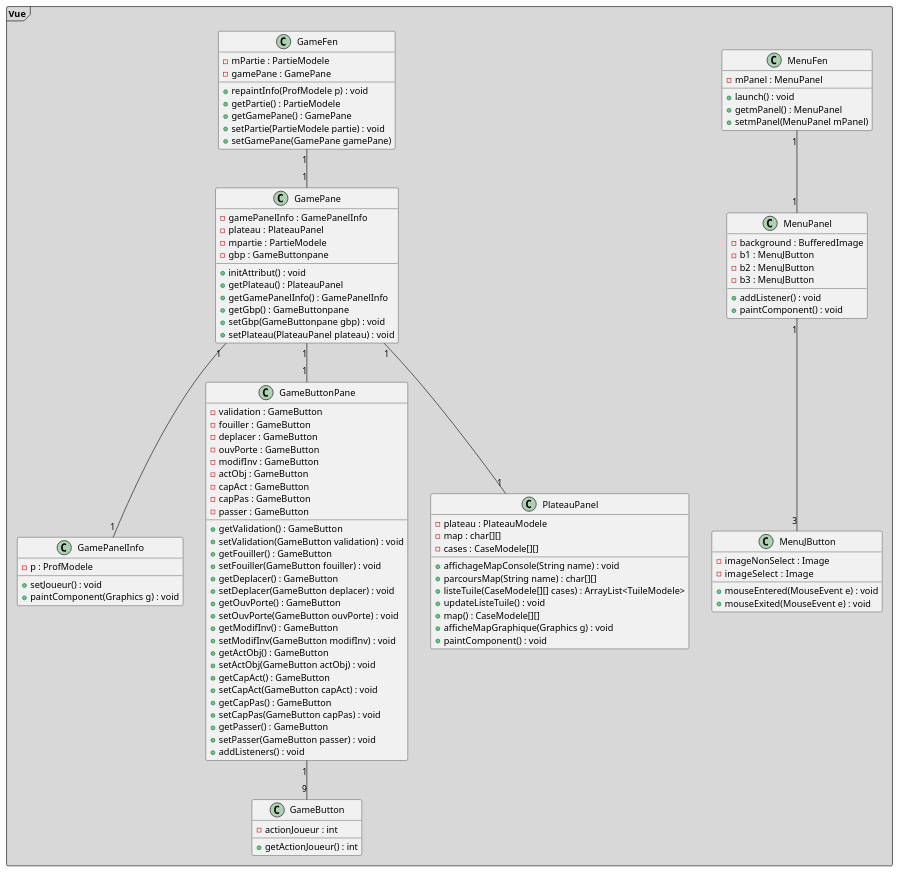
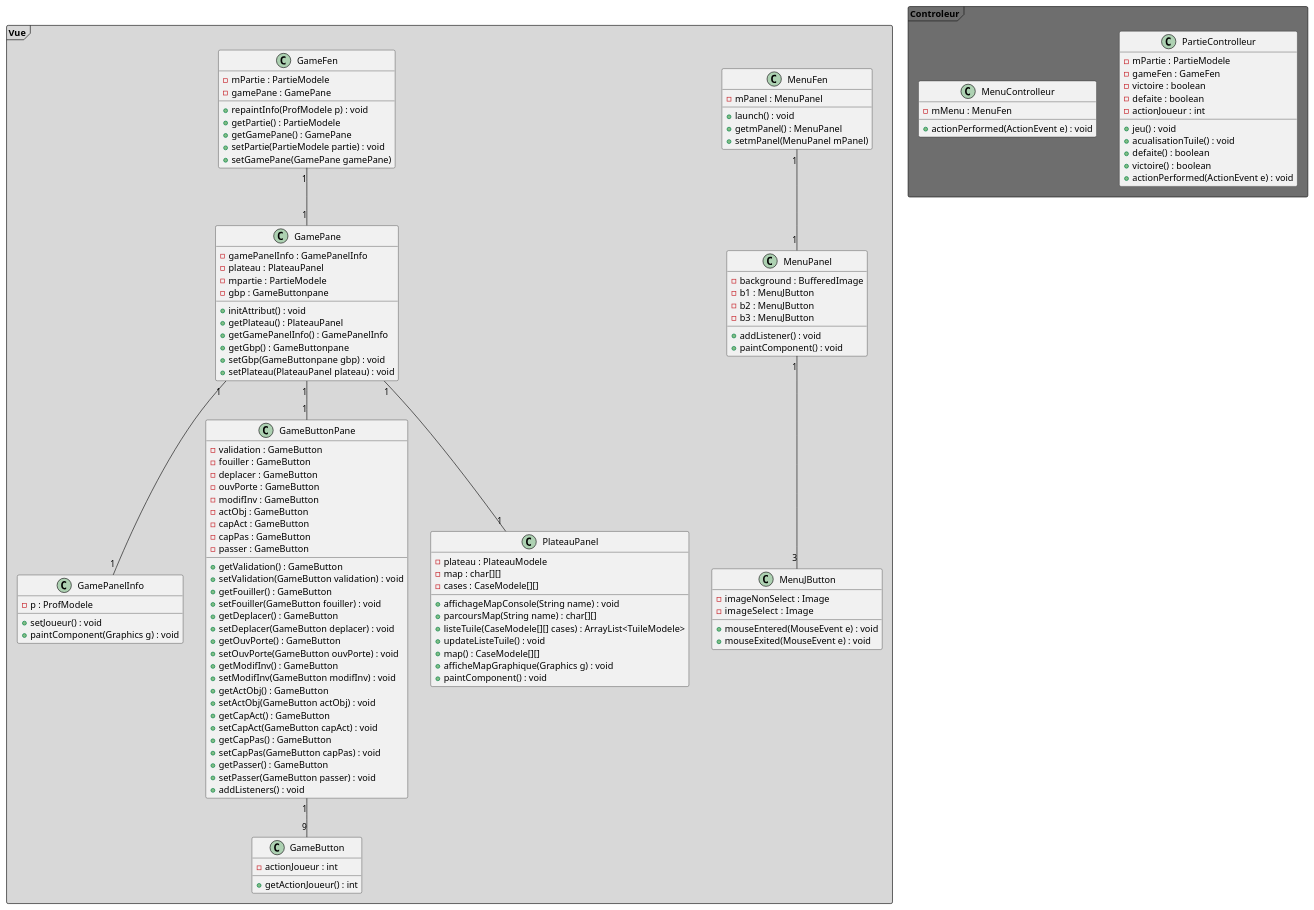
One commit to Erathriel/Projet_LO43 changed the diagram in UML/Vue.puml. Above: the diagram before and after it, drawn with PlantUML. The commit also changed 1 other file, not shown here.

Commit message:
Controle uml

```diff
--- a/UML/Vue.puml
+++ b/UML/Vue.puml
@@ -1,106 +1,125 @@
 @startuml
 
-Package "Vue" <<Frame>> #D8D8D8 {
-    class MenuFen {
-      - mPanel : MenuPanel
-      + launch() : void
-      + getmPanel() : MenuPanel
-      + setmPanel(MenuPanel mPanel)
+    Package "Vue" <<Frame>> #D8D8D8 {
+        class MenuFen {
+          - mPanel : MenuPanel
+          + launch() : void
+          + getmPanel() : MenuPanel
+          + setmPanel(MenuPanel mPanel)
+        }
+        class MenuPanel{
+          - background : BufferedImage
+          - b1 : MenuJButton
+          - b2 : MenuJButton
+          - b3 : MenuJButton
+          + addListener() : void
+          + paintComponent() : void
+        }
+        class MenuJButton{
+          - imageNonSelect : Image
+          - imageSelect  : Image
+          + mouseEntered(MouseEvent e) : void
+          + mouseExited(MouseEvent e) : void
+        }
+        class GameFen{
+          - mPartie : PartieModele
+          - gamePane : GamePane
+          + repaintInfo(ProfModele p) : void
+          + getPartie() : PartieModele
+          + getGamePane() : GamePane
+          + setPartie(PartieModele partie) : void
+          + setGamePane(GamePane gamePane)
+        }
+        class GamePane {
+          - gamePanelInfo : GamePanelInfo
+          - plateau : PlateauPanel
+          - mpartie : PartieModele
+          - gbp : GameButtonpane
+          + initAttribut() : void
+          + getPlateau() : PlateauPanel
+          + getGamePanelInfo() : GamePanelInfo
+          + getGbp() : GameButtonpane
+          + setGbp(GameButtonpane gbp) : void
+          + setPlateau(PlateauPanel plateau) : void
+        }
+        class GamePanelInfo{
+          - p : ProfModele
+          + setJoueur() : void
+          + paintComponent(Graphics g) : void
+        }
+        class GameButtonPane{
+          - validation : GameButton
+          - fouiller : GameButton
+          - deplacer : GameButton
+          - ouvPorte : GameButton
+          - modifInv : GameButton
+          - actObj : GameButton
+          - capAct : GameButton
+          - capPas : GameButton
+          - passer : GameButton
+          + getValidation() : GameButton
+          + setValidation(GameButton validation) : void
+          + getFouiller() : GameButton
+          + setFouiller(GameButton fouiller) : void
+          + getDeplacer() : GameButton
+          + setDeplacer(GameButton deplacer) : void
+          + getOuvPorte() : GameButton
+          + setOuvPorte(GameButton ouvPorte) : void
+          + getModifInv() : GameButton
+          + setModifInv(GameButton modifInv) : void
+          + getActObj() : GameButton
+          + setActObj(GameButton actObj) : void
+          + getCapAct() : GameButton
+          + setCapAct(GameButton capAct) : void
+          + getCapPas() : GameButton
+          + setCapPas(GameButton capPas) : void
+          + getPasser() : GameButton
+          + setPasser(GameButton passer) : void
+          + addListeners() : void
+        }
+        class GameButton{
+          - actionJoueur : int
+          + getActionJoueur() : int
+        }
+
+        class PlateauPanel{
+          - plateau : PlateauModele
+          - map : char[][]
+          - cases : CaseModele[][]
+          + affichageMapConsole(String name) : void
+          + parcoursMap(String name) : char[][]
+          + listeTuile(CaseModele[][] cases) : ArrayList<TuileModele>
+          + updateListeTuile() : void
+          + map() : CaseModele[][]
+          + afficheMapGraphique(Graphics g) : void
+          + paintComponent() : void
+        }
     }
-    class MenuPanel{
-      - background : BufferedImage
-      - b1 : MenuJButton
-      - b2 : MenuJButton
-      - b3 : MenuJButton
-      + addListener() : void
-      + paintComponent() : void
-    }
-    class MenuJButton{
-      - imageNonSelect : Image
-      - imageSelect  : Image
-      + mouseEntered(MouseEvent e) : void
-      + mouseExited(MouseEvent e) : void
-    }
-    class GameFen{
-      - mPartie : PartieModele
-      - gamePane : GamePane
-      + repaintInfo(ProfModele p) : void
-      + getPartie() : PartieModele
-      + getGamePane() : GamePane
-      + setPartie(PartieModele partie) : void
-      + setGamePane(GamePane gamePane)
-    }
-    class GamePane {
-      - gamePanelInfo : GamePanelInfo
-      - plateau : PlateauPanel
-      - mpartie : PartieModele
-      - gbp : GameButtonpane
-      + initAttribut() : void
-      + getPlateau() : PlateauPanel
-      + getGamePanelInfo() : GamePanelInfo
-      + getGbp() : GameButtonpane
-      + setGbp(GameButtonpane gbp) : void
-      + setPlateau(PlateauPanel plateau) : void
-    }
-    class GamePanelInfo{
-      - p : ProfModele
-      + setJoueur() : void
-      + paintComponent(Graphics g) : void
-    }
-    class GameButtonPane{
-      - validation : GameButton
-      - fouiller : GameButton
-      - deplacer : GameButton
-      - ouvPorte : GameButton
-      - modifInv : GameButton
-      - actObj : GameButton
-      - capAct : GameButton
-      - capPas : GameButton
-      - passer : GameButton
-      + getValidation() : GameButton
-      + setValidation(GameButton validation) : void
-      + getFouiller() : GameButton
-      + setFouiller(GameButton fouiller) : void
-      + getDeplacer() : GameButton
-      + setDeplacer(GameButton deplacer) : void
-      + getOuvPorte() : GameButton
-      + setOuvPorte(GameButton ouvPorte) : void
-      + getModifInv() : GameButton
-      + setModifInv(GameButton modifInv) : void
-      + getActObj() : GameButton
-      + setActObj(GameButton actObj) : void
-      + getCapAct() : GameButton
-      + setCapAct(GameButton capAct) : void
-      + getCapPas() : GameButton
-      + setCapPas(GameButton capPas) : void
-      + getPasser() : GameButton
-      + setPasser(GameButton passer) : void
-      + addListeners() : void
-    }
-    class GameButton{
-      - actionJoueur : int
-      + getActionJoueur() : int
+    Package "Controleur" <<Frame>> #6E6E6E {
+        class PartieControlleur {
+            - mPartie : PartieModele
+            - gameFen : GameFen
+            - victoire : boolean
+            - defaite : boolean
+            - actionJoueur : int
+            + jeu() : void
+            + acualisationTuile() : void
+            + defaite() : boolean
+            + victoire() : boolean
+            + actionPerformed(ActionEvent e) : void
+        }
+        class MenuControlleur {
+            - mMenu : MenuFen
+            + actionPerformed(ActionEvent e) : void
+        }
     }
 
-    class PlateauPanel{
-      - plateau : PlateauModele
-      - map : char[][]
-      - cases : CaseModele[][]
-      + affichageMapConsole(String name) : void
-      + parcoursMap(String name) : char[][]
-      + listeTuile(CaseModele[][] cases) : ArrayList<TuileModele>
-      + updateListeTuile() : void
-      + map() : CaseModele[][]
-      + afficheMapGraphique(Graphics g) : void
-      + paintComponent() : void
-    }
-}
-MenuFen "1" -- "1" MenuPanel
-MenuPanel "1" -- "3" MenuJButton
-GameFen "1" -- "1" GamePane
-GamePane "1" -- "1" PlateauPanel
-GamePane "1" -- "1" GamePanelInfo
-GamePane "1" -- "1" GameButtonPane
-GameButtonPane "1" -- "9" GameButton
+    MenuFen "1" -- "1" MenuPanel
+    MenuPanel "1" -- "3" MenuJButton
+    GameFen "1" -- "1" GamePane
+    GamePane "1" -- "1" PlateauPanel
+    GamePane "1" -- "1" GamePanelInfo
+    GamePane "1" -- "1" GameButtonPane
+    GameButtonPane "1" -- "9" GameButton
 
 @enduml
```
